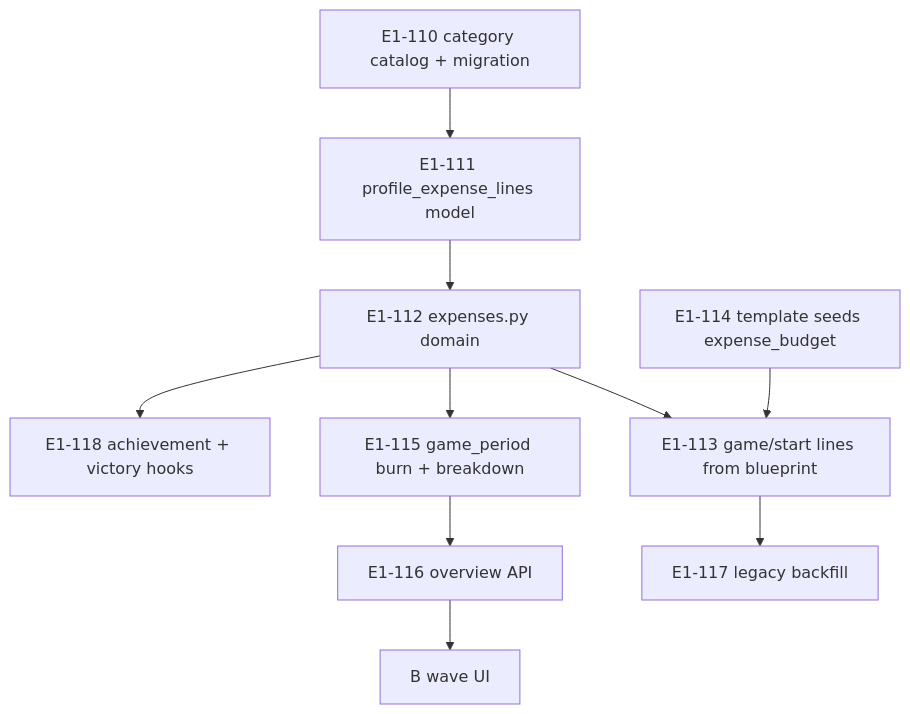
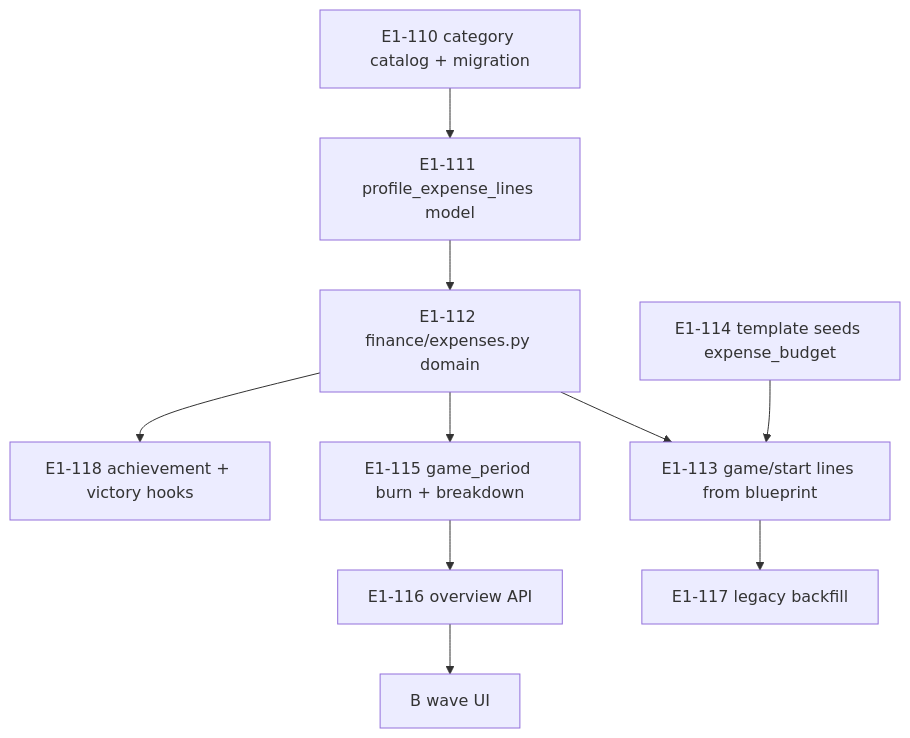
Before and after one commit to avyakunichkin-code/telegram-mini-app: the diagram in docs/plans/PLAN_expenses.md, drawn with Mermaid. The commit also changed other lines of this file and 204 other files, not shown here.

````diff
--- a/docs/plans/PLAN_expenses.md
+++ b/docs/plans/PLAN_expenses.md
@@ -33,22 +33,22 @@
 ```mermaid
 flowchart TD
   E110[E1-110 category catalog + migration]
   E111[E1-111 profile_expense_lines model]
-  E112[E1-112 expenses.py domain]
+  E112[E1-112 finance/expenses.py domain]
   E113[E1-113 game/start lines from blueprint]
   E114[E1-114 template seeds expense_budget]
   E115[E1-115 game_period burn + breakdown]
   E116[E1-116 overview API]
   E117[E1-117 legacy backfill]
   E118[E1-118 achievement + victory hooks]
 
   E110 --> E111
   E111 --> E112
   E112 --> E113
   E112 --> E115
   E114 --> E113
   E113 --> E117
   E115 --> E116
   E112 --> E118
   E116 --> B[B wave UI]
 ```
````
